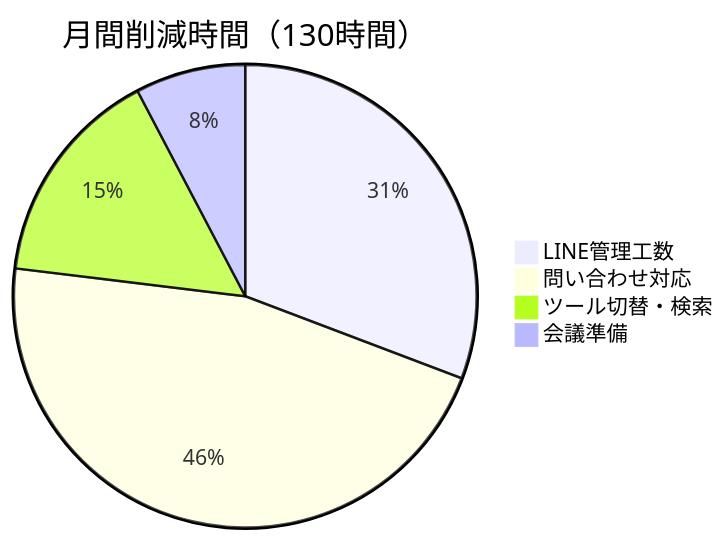
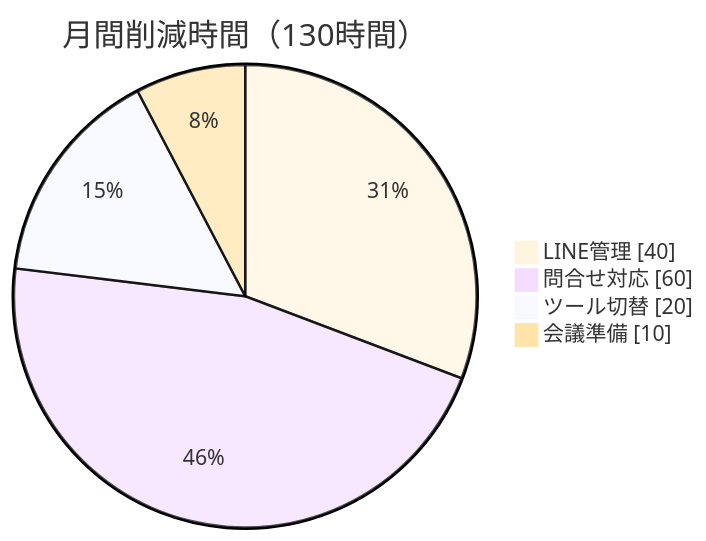
One commit to PLark-droid/lark-proposal changed the tenth of 15 diagrams in docs/FITPLACE_LARK_PROPOSAL.md. Above: the diagram before and after it, drawn with Mermaid. The commit also changed other lines of this file, not shown here.

First line of the commit message:
docs: optimize Mermaid diagrams for Google Docs

````diff
--- a/docs/FITPLACE_LARK_PROPOSAL.md
+++ b/docs/FITPLACE_LARK_PROPOSAL.md
@@ -422,7 +365,9 @@
 ```mermaid
-pie title 月間削減時間（130時間）
-    "LINE管理工数" : 40
-    "問い合わせ対応" : 60
-    "ツール切替・検索" : 20
+%%{init: {'theme': 'base', 'themeVariables': { 'fontSize': '14px'}}}%%
+pie showData
+    title 月間削減時間（130時間）
+    "LINE管理" : 40
+    "問合せ対応" : 60
+    "ツール切替" : 20
     "会議準備" : 10
 ```
````
